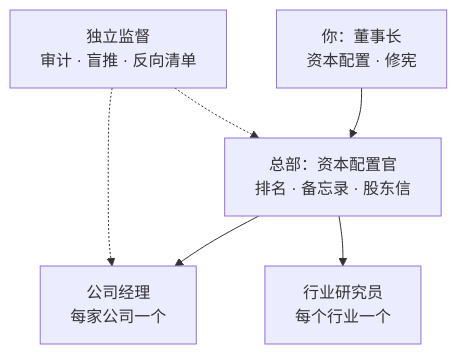
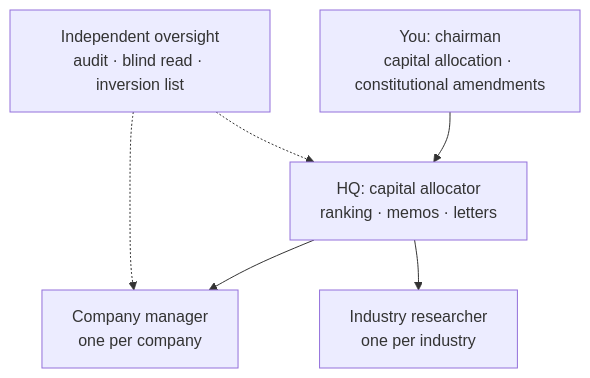
Before and after one commit to kentian742-creator/owners-office: the first of 2 diagrams in docs/DESIGN.md, drawn with Mermaid. The commit also changed other lines of this file and 42 other files, not shown here.

````diff
--- a/docs/DESIGN.md
+++ b/docs/DESIGN.md
@@ -82,8 +84,8 @@
 ```mermaid
 flowchart TD
-  K["你：董事长<br/>资本配置 · 修宪"] --> HQ["总部：资本配置官<br/>排名 · 备忘录 · 股东信"]
-  HQ --> CM["公司经理<br/>每家公司一个"]
-  HQ --> IR["行业研究员<br/>每个行业一个"]
-  AU["独立监督<br/>审计 · 盲推 · 反向清单"] -.-> CM
+  K["You: chairman<br/>capital allocation · constitutional amendments"] --> HQ["HQ: capital allocator<br/>ranking · memos · letters"]
+  HQ --> CM["Company manager<br/>one per company"]
+  HQ --> IR["Industry researcher<br/>one per industry"]
+  AU["Independent oversight<br/>audit · blind read · inversion list"] -.-> CM
   AU -.-> HQ
 ```
````
